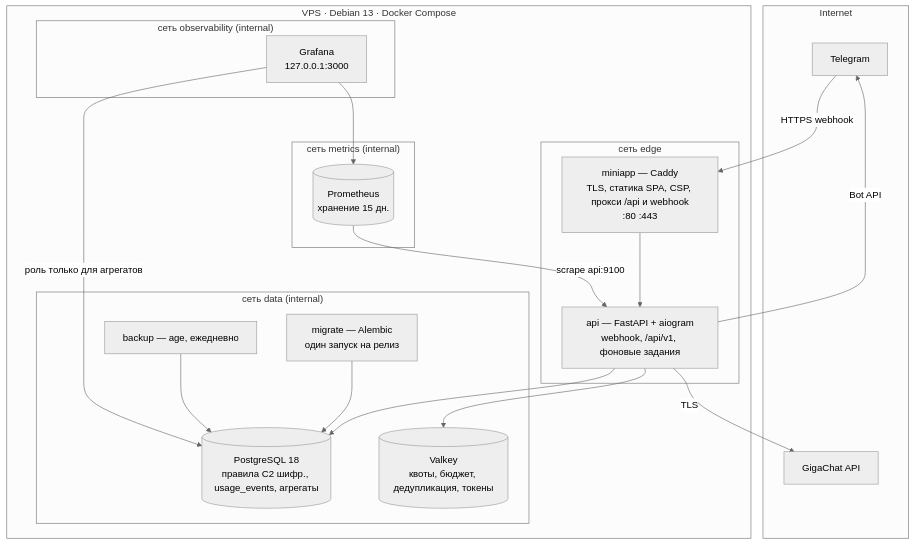
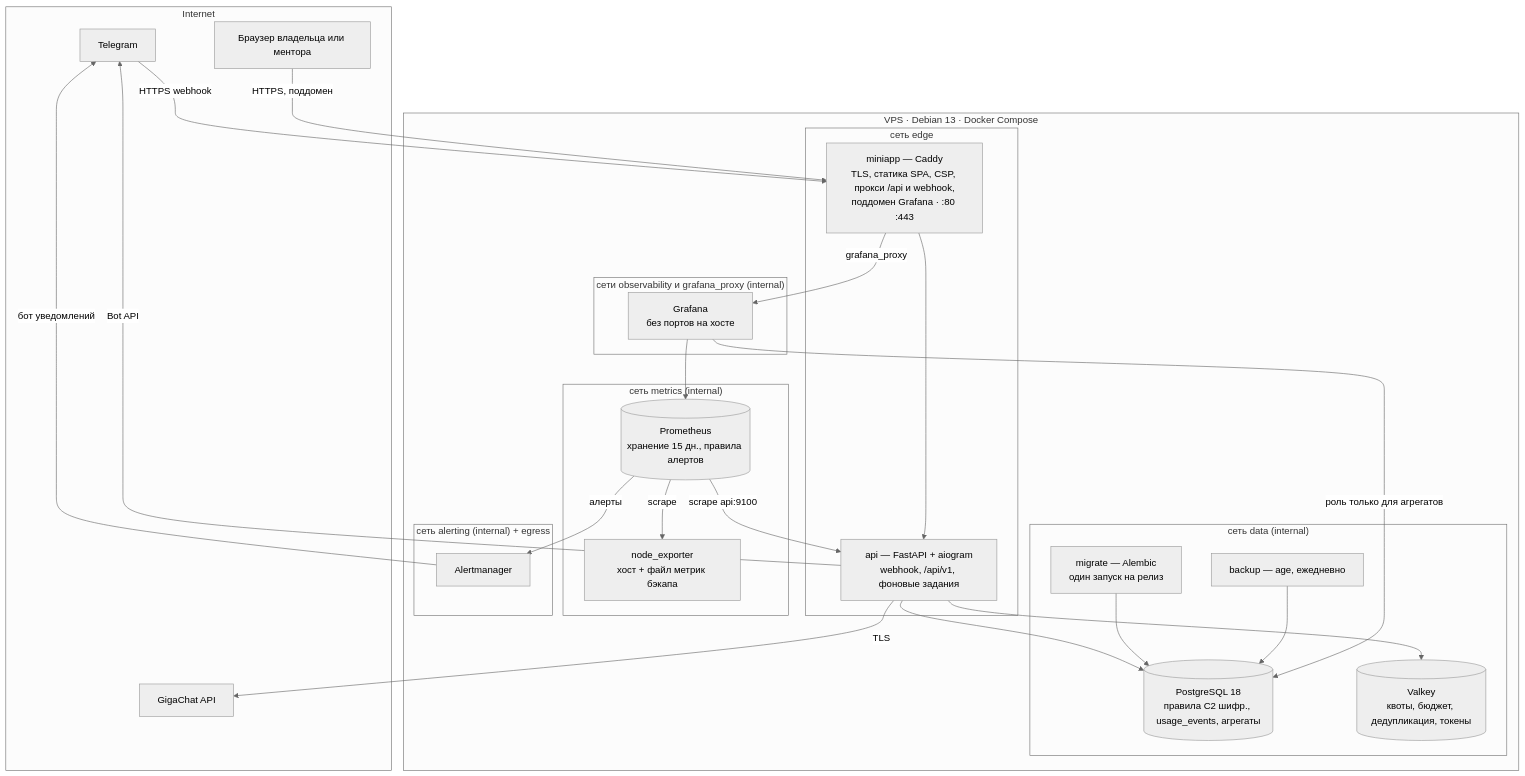
Before and after one commit to doting-life/svoi-pravila: the second of 6 diagrams in docs/maintainers/02-architecture.md, drawn with Mermaid (neutral theme). The commit also changed other lines of this file and 6 other files, not shown here.

````diff
--- a/docs/maintainers/02-architecture.md
+++ b/docs/maintainers/02-architecture.md
@@ -189,38 +191,48 @@
 ```mermaid
 flowchart TB
     subgraph Internet
         TG[Telegram]
         GC[GigaChat API]
+        BR["Браузер владельца или ментора"]
     end
 
     subgraph VPS["VPS · Debian 13 · Docker Compose"]
         subgraph edge["сеть edge"]
-            CADDY["miniapp — Caddy<br/>TLS, статика SPA, CSP, прокси /api и webhook<br/>:80 :443"]
+            CADDY["miniapp — Caddy<br/>TLS, статика SPA, CSP, прокси /api и webhook,<br/>поддомен Grafana · :80 :443"]
             API["api — FastAPI + aiogram<br/>webhook, /api/v1, фоновые задания"]
         end
         subgraph data["сеть data (internal)"]
             PG[("PostgreSQL 18<br/>правила C2 шифр., usage_events, агрегаты")]
             VK[("Valkey<br/>квоты, бюджет, дедупликация, токены")]
             MIG["migrate — Alembic<br/>один запуск на релиз"]
             BK["backup — age, ежедневно"]
         end
         subgraph metrics["сеть metrics (internal)"]
-            PROM[("Prometheus<br/>хранение 15 дн.")]
+            PROM[("Prometheus<br/>хранение 15 дн., правила алертов")]
+            NODE["node_exporter<br/>хост + файл метрик бэкапа"]
         end
-        subgraph obs["сеть observability (internal)"]
-            GRAF["Grafana<br/>127.0.0.1:3000"]
+        subgraph obs["сети observability и grafana_proxy (internal)"]
+            GRAF["Grafana<br/>без портов на хосте"]
+        end
+        subgraph alerting["сеть alerting (internal) + egress"]
+            AM["Alertmanager"]
         end
     end
 
     TG -- "HTTPS webhook" --> CADDY
     CADDY --> API
     API -- "Bot API" --> TG
     API -- "TLS" --> GC
     API --> PG
     API --> VK
     MIG --> PG
     BK --> PG
     PROM -- "scrape api:9100" --> API
+    PROM -- "scrape" --> NODE
+    PROM -- "алерты" --> AM
+    AM -- "бот уведомлений" --> TG
+    BR -- "HTTPS, поддомен" --> CADDY
+    CADDY -- "grafana_proxy" --> GRAF
     GRAF --> PROM
     GRAF -- "роль только для агрегатов" --> PG
 ```
````
